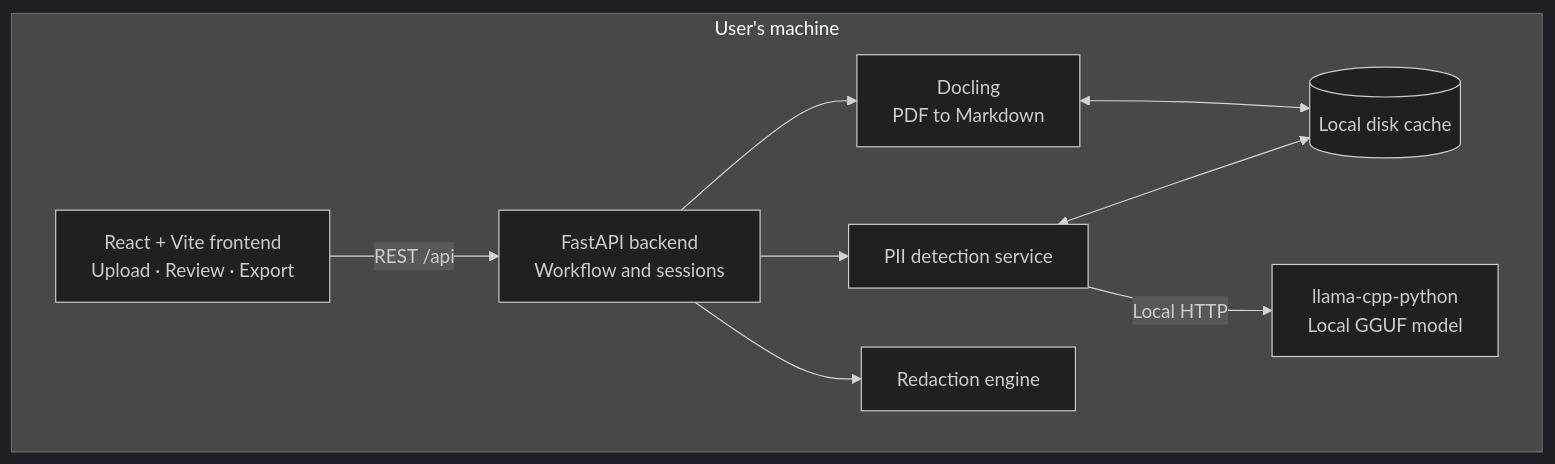
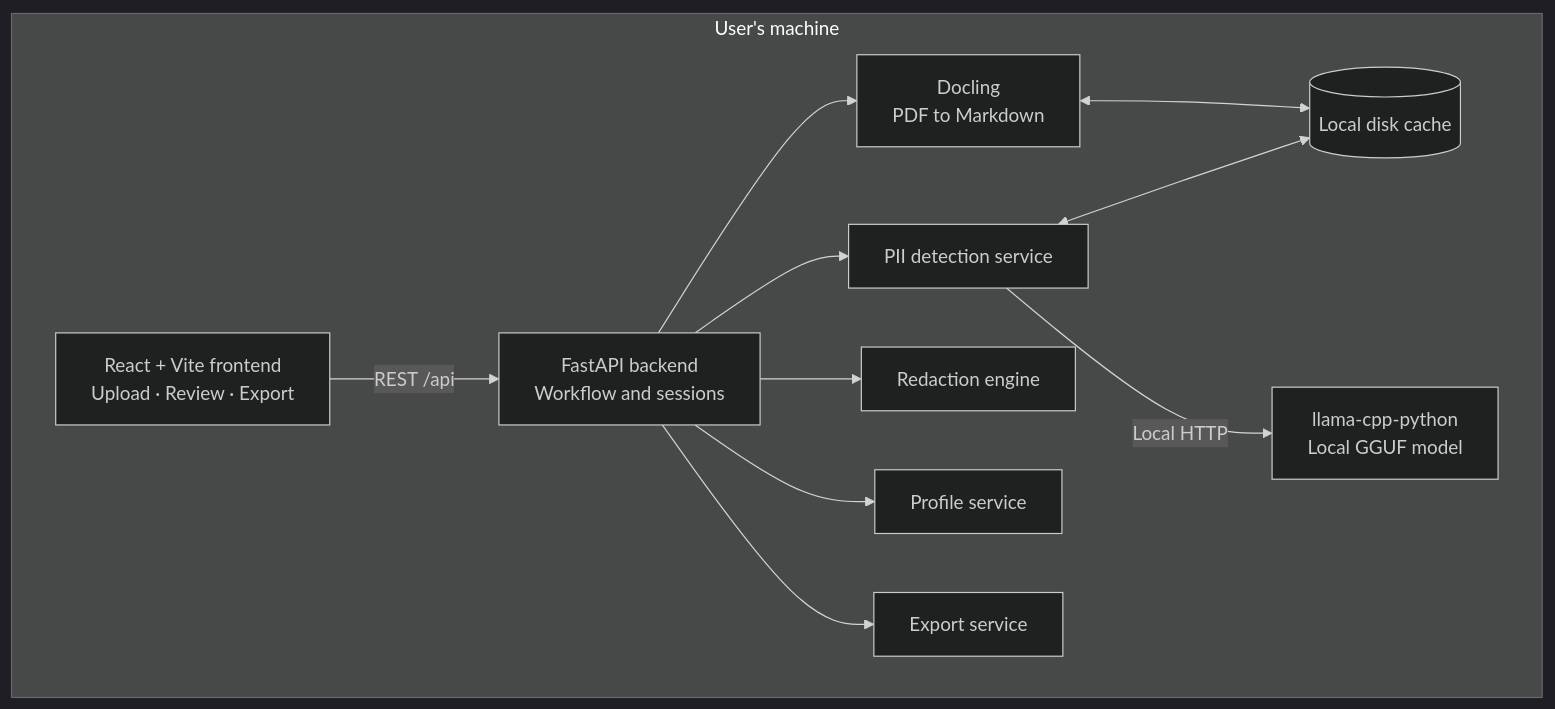
One commit to daniele21/redact-guard changed the second of 2 diagrams in README.md. Above: the diagram before and after it, drawn with Mermaid (dark theme). The commit also changed other lines of this file, not shown here.

````diff
--- a/README.md
+++ b/README.md
@@ -168,20 +198,24 @@
 ```mermaid
 graph TB
     subgraph DEVICE["User's machine"]
         UI[React + Vite frontend\nUpload · Review · Export]
         API[FastAPI backend\nWorkflow and sessions]
         PDF[Docling\nPDF to Markdown]
         PII[PII detection service]
         RED[Redaction engine]
+        PROFILE[Profile service]
+        EXPORT[Export service]
         CACHE[(Local disk cache)]
         LLM[llama-cpp-python\nLocal GGUF model]
 
         UI -->|REST /api| API
         API --> PDF
         API --> PII
         API --> RED
+        API --> PROFILE
+        API --> EXPORT
         PDF <--> CACHE
         PII <--> CACHE
         PII -->|Local HTTP| LLM
     end
 ```
````
